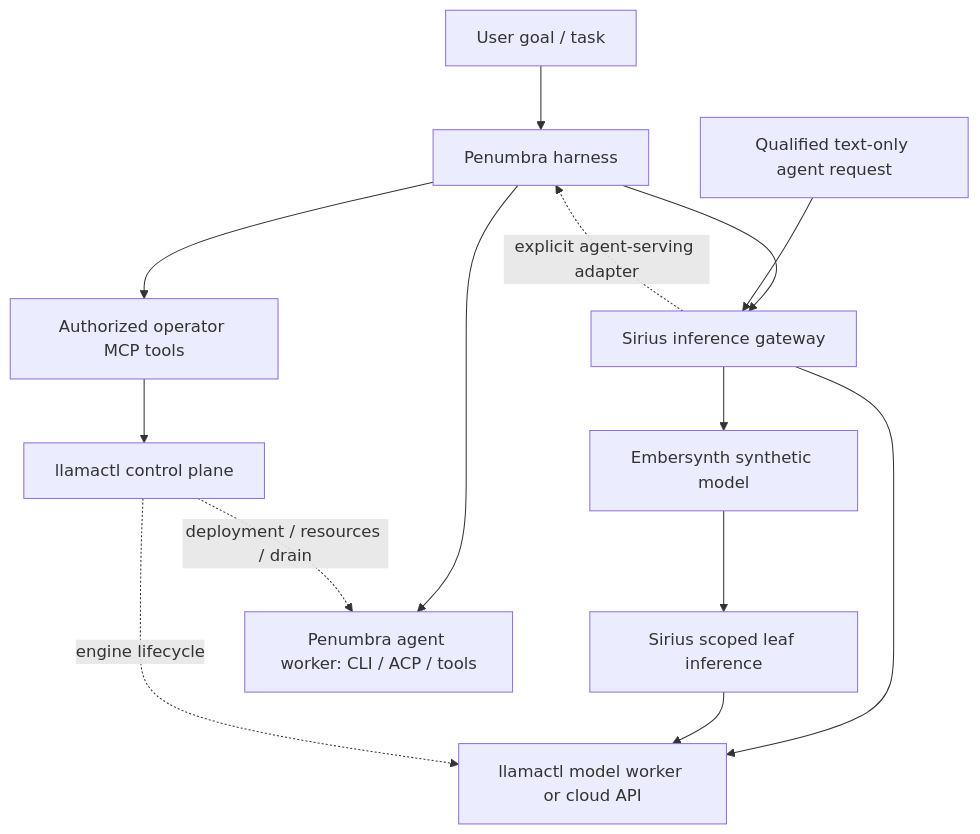
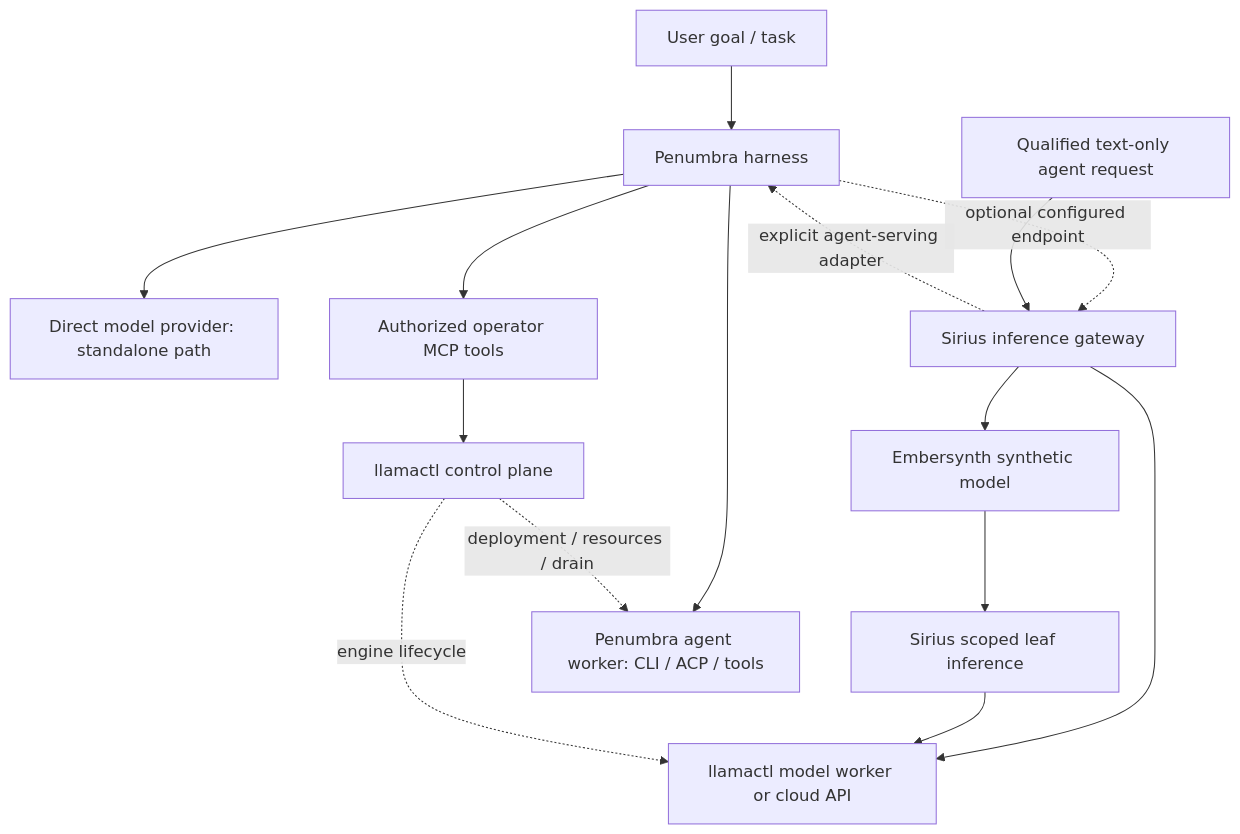
The diagram in docs/specs/2026-09-24-penumbra-agentic-harness-reuse.md (frozename/llamactl), drawn with Mermaid before and after one commit. The commit also changed other lines of this file and 4 other files, not shown here.

````diff
--- a/docs/specs/2026-09-24-penumbra-agentic-harness-reuse.md
+++ b/docs/specs/2026-09-24-penumbra-agentic-harness-reuse.md
@@ -31,16 +31,17 @@
 ```mermaid
 flowchart TB
   U[User goal / task] --> P[Penumbra harness]
-  P --> S[Sirius inference gateway]
+  P --> D[Direct model provider: standalone path]
+  P -. optional configured endpoint .-> S[Sirius inference gateway]
   S --> E[Embersynth synthetic model]
   E --> I[Sirius scoped leaf inference]
   S --> M[llamactl model worker or cloud API]
   I --> M
   P --> A[Penumbra agent worker: CLI / ACP / tools]
   P --> O[Authorized operator MCP tools]
   O --> L[llamactl control plane]
   L -. deployment / resources / drain .-> A
   L -. engine lifecycle .-> M
   C[Qualified text-only agent request] --> S
   S -. explicit agent-serving adapter .-> P
 ```
````
